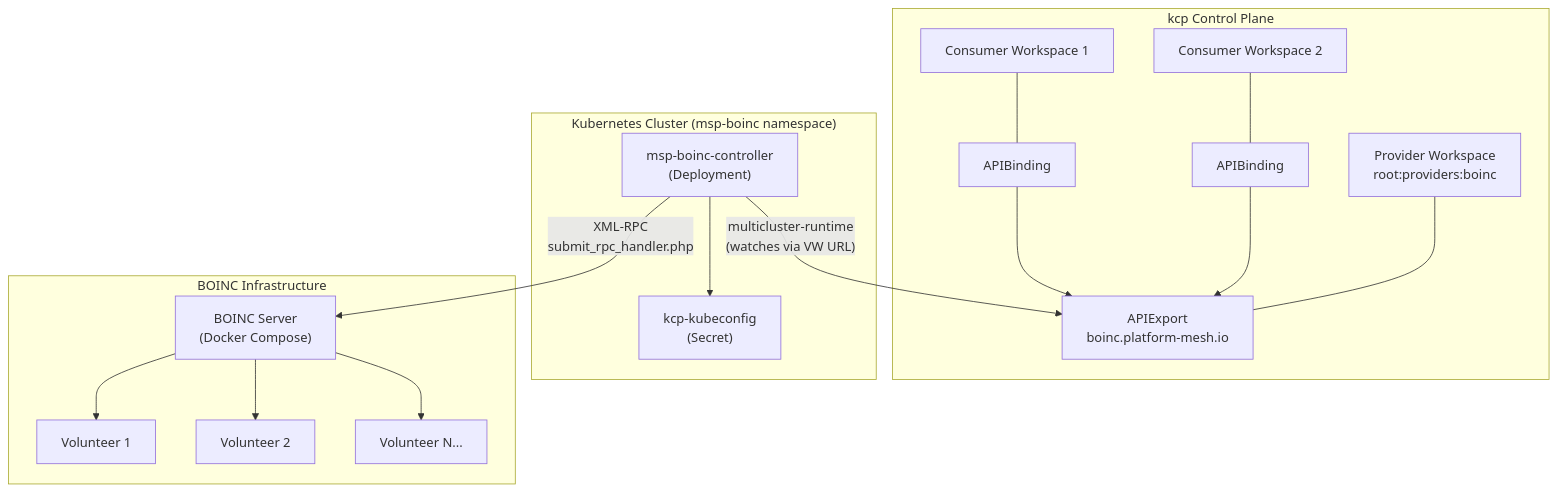
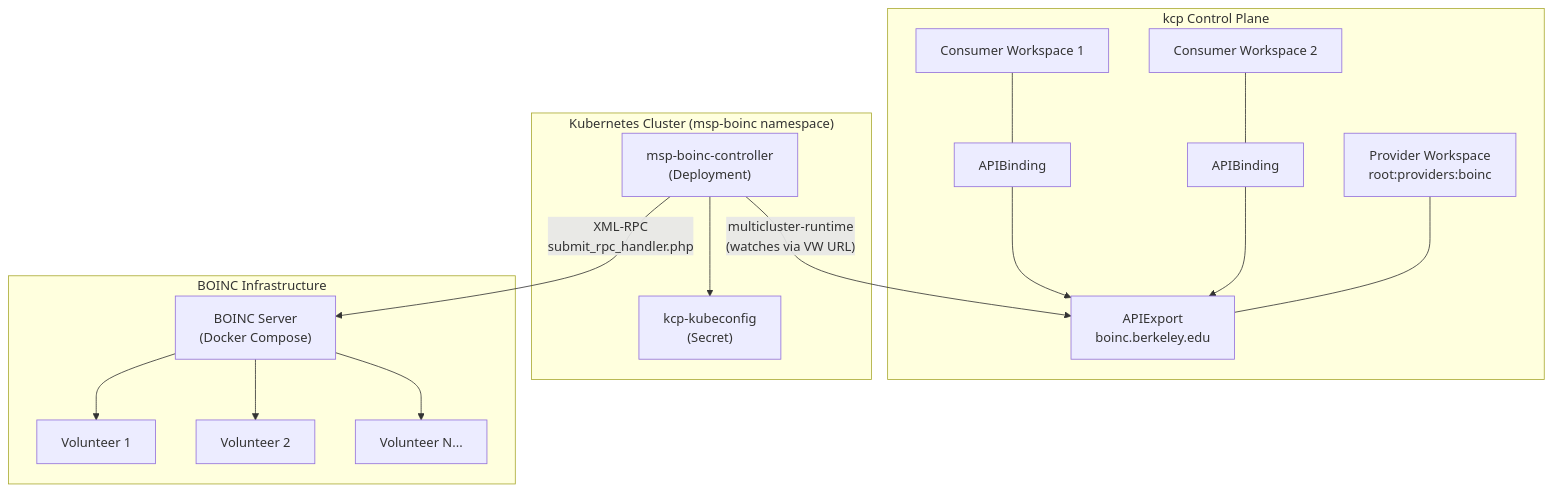
One commit to vasu1124/pm-contrib-examples changed the second of 2 diagrams in msp-boinc/docs/architecture.md. Above: the diagram before and after it, drawn with Mermaid. The commit also changed 15 other files, not shown here.

````diff
--- a/msp-boinc/docs/architecture.md
+++ b/msp-boinc/docs/architecture.md
@@ -42,33 +42,33 @@
 ```mermaid
 graph TB
     subgraph "kcp Control Plane"
         PW["Provider Workspace<br/>root:providers:boinc"]
         CW1["Consumer Workspace 1"]
         CW2["Consumer Workspace 2"]
-        AE["APIExport<br/>boinc.platform-mesh.io"]
+        AE["APIExport<br/>boinc.berkeley.edu"]
         AB1["APIBinding"] --> AE
         AB2["APIBinding"] --> AE
         CW1 --- AB1
         CW2 --- AB2
         PW --- AE
     end
 
     subgraph "Kubernetes Cluster (msp-boinc namespace)"
         CTRL["msp-boinc-controller<br/>(Deployment)"]
         SEC["kcp-kubeconfig<br/>(Secret)"]
         CTRL --> SEC
     end
 
     subgraph "BOINC Infrastructure"
         BS["BOINC Server<br/>(Docker Compose)"]
         V1["Volunteer 1"]
         V2["Volunteer 2"]
         V3["Volunteer N..."]
         BS --> V1
         BS --> V2
         BS --> V3
     end
 
     CTRL -- "multicluster-runtime<br/>(watches via VW URL)" --> AE
     CTRL -- "XML-RPC<br/>submit_rpc_handler.php" --> BS
 ```
````
